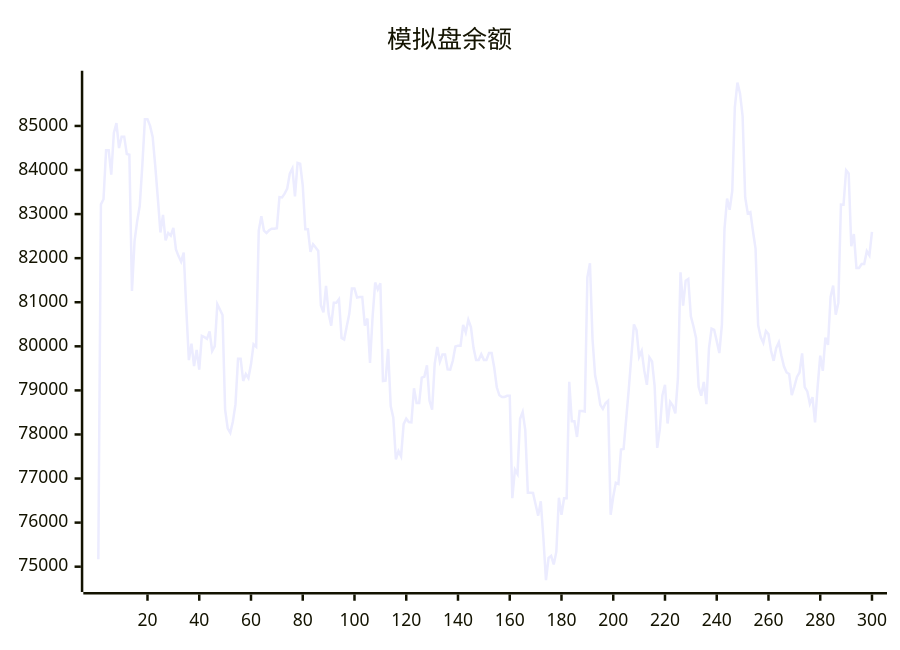
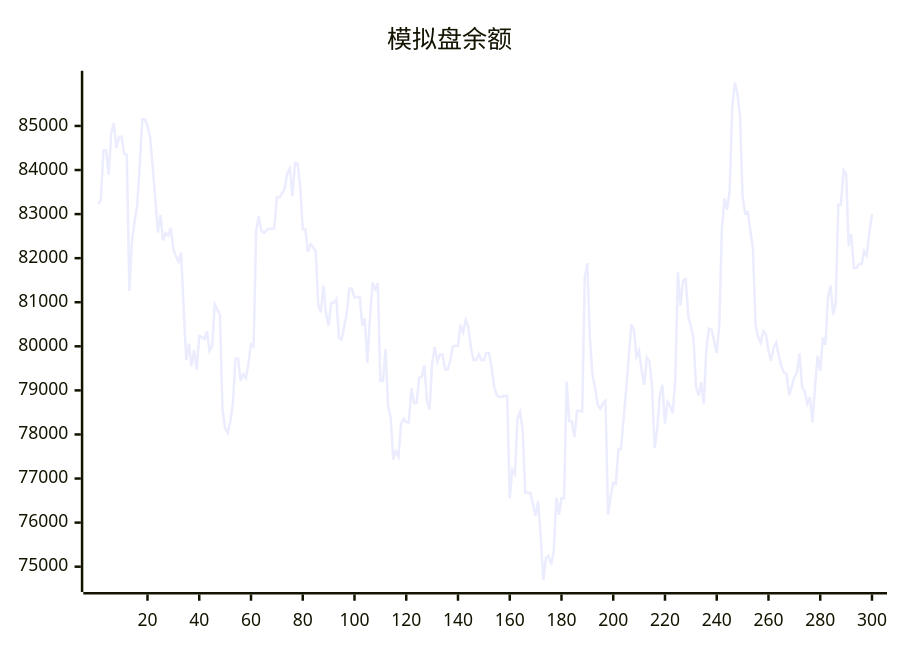
One commit to aahl/ai-trading changed the diagram in README.md. Above: the diagram before and after it, drawn with Mermaid. The commit also changed other lines of this file and 1 other file, not shown here.

````diff
--- a/README.md
+++ b/README.md
@@ -5,5 +5,5 @@
 ```mermaid
 xychart
     title "模拟盘余额"
-    line [75168,83222,83336,84448,84449,83896,84839,85065,84499,84757,84757,84364,84347,81254,82385,82835,83184,84099,85150,85150,85002,84751,84096,83356,82582,82983,82404,82572,82512,82688,82200,82047,81920,82125,80840,79688,80060,79552,79920,79470,80236,80208,80170,80336,79894,80006,80954,80837,80712,78561,78139,78037,78293,78682,79720,79720,79214,79372,79279,79591,80046,79993,82625,82950,82626,82571,82633,82670,82670,82681,83386,83378,83464,83579,83920,84037,83402,84160,84142,83652,82655,82655,82145,82315,82243,82163,80934,80770,81371,80742,80468,80989,80989,81067,80191,80155,80450,80737,81309,81309,81106,81119,81119,80471,80631,79624,80670,81448,81290,81429,79212,79222,79940,78643,78380,77432,77623,77504,78235,78358,78284,78277,79048,78714,78714,79290,79308,79567,78763,78563,79603,79988,79652,79813,79813,79476,79469,79673,79995,80015,80015,80486,80314,80600,80436,79966,79689,79689,79819,79692,79692,79850,79850,79518,79071,78889,78850,78850,78878,78878,76554,77202,77103,78357,78510,78106,76678,76677,76672,76411,76159,76485,75656,74695,75197,75246,75052,75334,76564,76179,76553,76551,79196,78300,78300,77944,78531,78531,78521,81564,81884,80160,79335,79055,78675,78580,78708,78764,76179,76586,76902,76876,77658,77669,78346,79023,79769,80497,80366,79761,79896,79448,79126,79749,79658,79097,77695,78114,78888,79126,78249,78738,78653,78478,79271,81680,80923,81488,81527,80681,80455,80190,79084,78879,79193,78686,79954,80403,80374,80118,79848,80491,82665,83351,83098,83525,85430,85983,85737,85221,83378,83014,83043,82613,82216,80477,80208,80081,80348,80277,79894,79670,79965,80093,79786,79542,79406,79371,78893,79087,79304,79406,79841,79072,78978,78696,78846,78272,79085,79787,79442,80198,80031,81120,81379,80718,80985,83214,83212,83993,83921,82270,82547,81776,81776,81866,81866,82158,82061,82596]
+    line [83222,83336,84448,84449,83896,84839,85065,84499,84757,84757,84364,84347,81254,82385,82835,83184,84099,85150,85150,85002,84751,84096,83356,82582,82983,82404,82572,82512,82688,82200,82047,81920,82125,80840,79688,80060,79552,79920,79470,80236,80208,80170,80336,79894,80006,80954,80837,80712,78561,78139,78037,78293,78682,79720,79720,79214,79372,79279,79591,80046,79993,82625,82950,82626,82571,82633,82670,82670,82681,83386,83378,83464,83579,83920,84037,83402,84160,84142,83652,82655,82655,82145,82315,82243,82163,80934,80770,81371,80742,80468,80989,80989,81067,80191,80155,80450,80737,81309,81309,81106,81119,81119,80471,80631,79624,80670,81448,81290,81429,79212,79222,79940,78643,78380,77432,77623,77504,78235,78358,78284,78277,79048,78714,78714,79290,79308,79567,78763,78563,79603,79988,79652,79813,79813,79476,79469,79673,79995,80015,80015,80486,80314,80600,80436,79966,79689,79689,79819,79692,79692,79850,79850,79518,79071,78889,78850,78850,78878,78878,76554,77202,77103,78357,78510,78106,76678,76677,76672,76411,76159,76485,75656,74695,75197,75246,75052,75334,76564,76179,76553,76551,79196,78300,78300,77944,78531,78531,78521,81564,81884,80160,79335,79055,78675,78580,78708,78764,76179,76586,76902,76876,77658,77669,78346,79023,79769,80497,80366,79761,79896,79448,79126,79749,79658,79097,77695,78114,78888,79126,78249,78738,78653,78478,79271,81680,80923,81488,81527,80681,80455,80190,79084,78879,79193,78686,79954,80403,80374,80118,79848,80491,82665,83351,83098,83525,85430,85983,85737,85221,83378,83014,83043,82613,82216,80477,80208,80081,80348,80277,79894,79670,79965,80093,79786,79542,79406,79371,78893,79087,79304,79406,79841,79072,78978,78696,78846,78272,79085,79787,79442,80198,80031,81120,81379,80718,80985,83214,83212,83993,83921,82270,82547,81776,81776,81866,81866,82158,82061,82596,83000]
 ```
````
